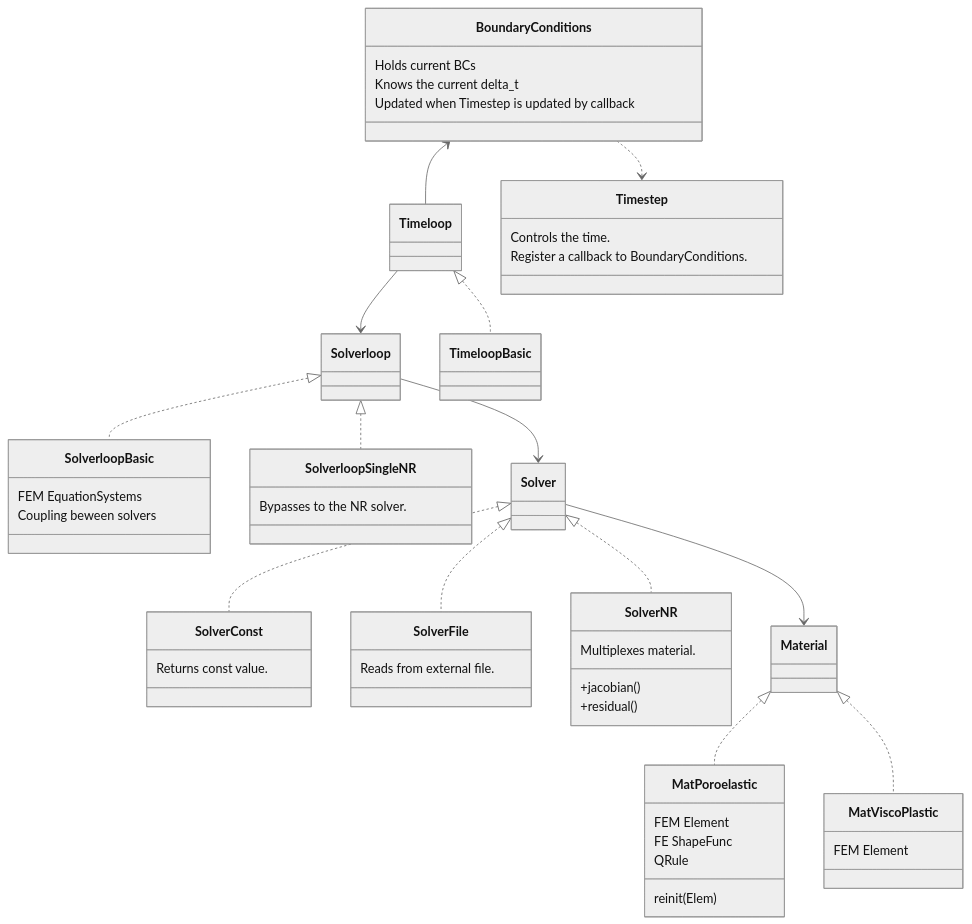
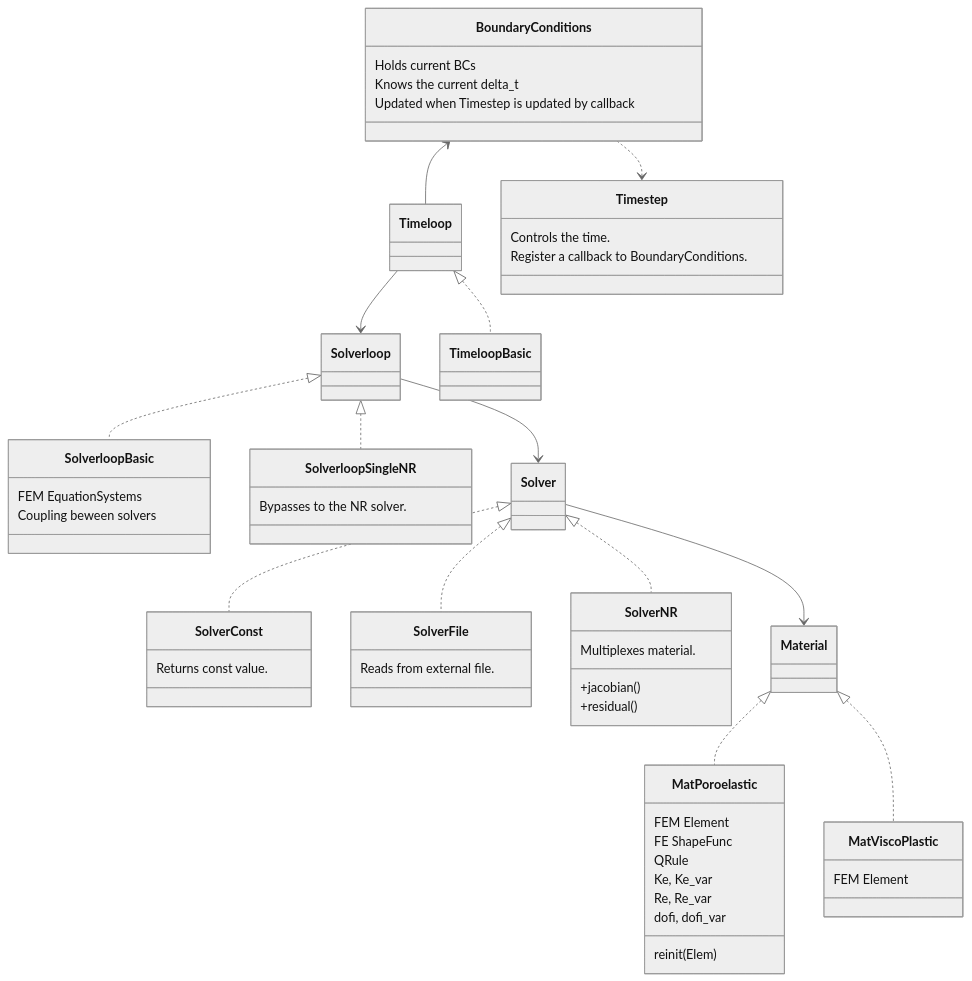
The second of 2 diagrams in doc/Description.md (rebpoli/harpy), drawn with Mermaid (neutral theme) before and after one commit. The commit also changed other lines of this file, not shown here.

````diff
--- a/doc/Description.md
+++ b/doc/Description.md
@@ -83,71 +83,74 @@
 ```mermaid
 classDiagram
     BoundaryConditions <-- Timeloop
 
     Solverloop <|.. SolverloopBasic
 
 
     class Timestep {
         Controls the time.
         Register a callback to BoundaryConditions.
     }
     class BoundaryConditions { 
         Holds current BCs
         Knows the current delta_t
         Updated when Timestep is updated by callback
     }
     BoundaryConditions ..> Timestep
 
 %% Implementations
     class SolverloopBasic {
         FEM EquationSystems
         Coupling beween solvers
     }
 
     class MatViscoPlastic { FEM Element }
 
     class MatPoroelastic {
         FEM Element 
         FE ShapeFunc
         QRule
+        Ke, Ke_var
+        Re, Re_var
+        dofi, dofi_var
         reinit(Elem)
     }
 
     class SolverloopSingleNR { Bypasses to the NR solver. } 
 
     class SolverConst { Returns const value.  }
     class SolverFile { Reads from external file. }
     class SolverNR { 
         Multiplexes material.
         
         +jacobian()
         +residual()
         }
 
 %% Dependencies
 
 %% Interfaces << implementations
     Timeloop <|.. TimeloopBasic
     Material <|.. MatPoroelastic
     Material <|.. MatViscoPlastic
     Solverloop <|.. SolverloopSingleNR
 
     Solver <|.. SolverNR
     Solver <|.. SolverConst
     Solver <|.. SolverFile
 
     Timeloop --> Solverloop
     Solverloop --> Solver
     Solver --> Material
 
 %%
 %% classA <|-- classB    // Inheritance (B inherits from A)
 %% classA <|.. classB    // Implementation (B implements A)
 %% classA *-- classB     // Composition (B is part of A)
 %% classA o-- classB     // Aggregation (B is used by A)
 %% classA --> classB     // Association (A references B)
 %% classA ..> classB     // Dependency (A depends on B)
 %% classA ..|> classB    // Realization (B realizes A)
 %% classA <--> classB    // Bidirectional association
 
 ```
````
